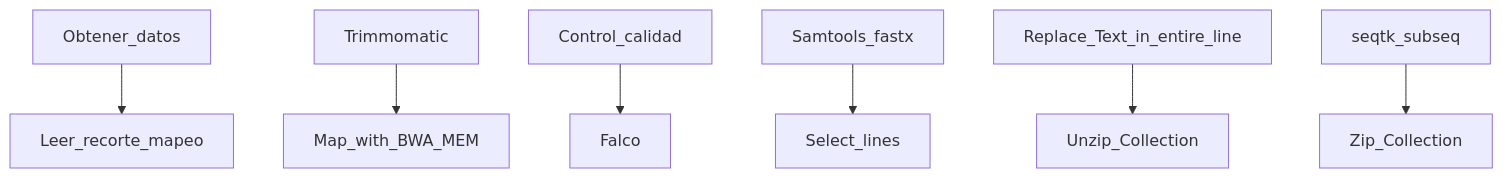
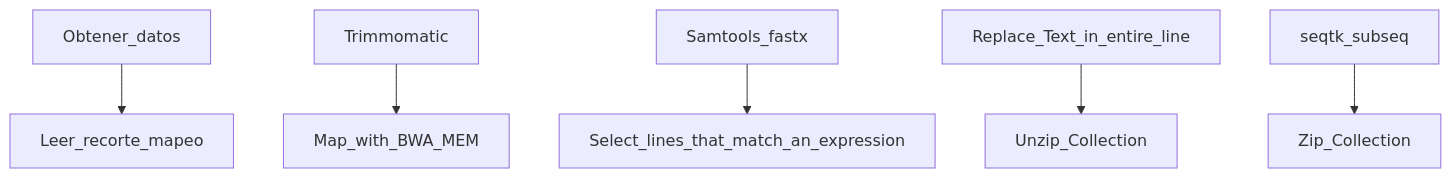
The diagram in README.md (joe9019/Omicas_G6), drawn with Mermaid before and after one commit.

````diff
--- a/README.md
+++ b/README.md
@@ -34,9 +34,8 @@
 ```mermaid
 graph TD;
     Obtener_datos--> Leer_recorte_mapeo;
     Trimmomatic-->Map_with_BWA_MEM;
-    Control_calidad-->Falco;
-    Samtools_fastx  -->Select_lines;
+    Samtools_fastx  -->Select_lines_that_match_an_expression;
     Replace_Text_in_entire_line -->Unzip_Collection;
     seqtk_subseq -->Zip_Collection;
 ```
````
